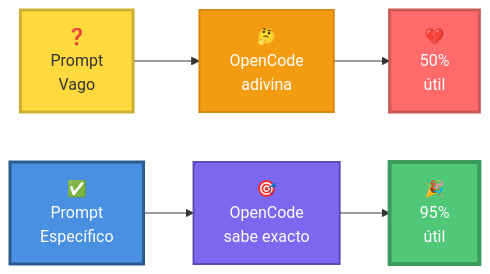
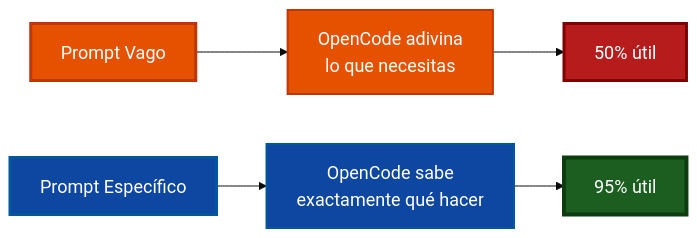
One commit to Ai-Whisperers/Courses-Content changed the fourth of 18 diagrams in courses/🟡-development/FPUNA-2026/00-FUNDAMENTOS-PRINCIPALES/03-ingenieria-prompts.md. Above: the diagram before and after it, drawn with Mermaid. The commit also changed other lines of this file and 47 other files, not shown here.

First line of the commit message:
fix: Make all 473 diagrams WCAG AAA accessible (FPUNA-2026)

````diff
--- a/courses/🟡-development/FPUNA-2026/00-FUNDAMENTOS-PRINCIPALES/03-ingenieria-prompts.md
+++ b/courses/🟡-development/FPUNA-2026/00-FUNDAMENTOS-PRINCIPALES/03-ingenieria-prompts.md
@@ -295,15 +298,16 @@
 ```mermaid
+%%{init: {'theme':'base', 'themeVariables': {'fontSize':'18px'}}}%%
 flowchart LR
-    A["❓<br/>Prompt<br/>Vago"] --> B["🤔<br/>OpenCode<br/>adivina"]
-    B --> C["💔<br/>50%<br/>útil"]
+    A["Prompt Vago"] --> B["OpenCode adivina<br>lo que necesitas"]
+    B --> C["50% útil"]
     
-    D["✅<br/>Prompt<br/>Específico"] --> E["🎯<br/>OpenCode<br/>sabe exacto"]
-    E --> F["🎉<br/>95%<br/>útil"]
+    D["Prompt Específico"] --> E["OpenCode sabe<br>exactamente qué hacer"]
+    E --> F["95% útil"]
     
-    style A fill:#FFD93D,stroke:#CCB031,stroke-width:3px,color:#333
-    style B fill:#F39C12,stroke:#D68910,stroke-width:2px,color:#fff
-    style C fill:#FF6B6B,stroke:#CC5555,stroke-width:3px,color:#fff
-    style D fill:#4A90E2,stroke:#2E5C8A,stroke-width:3px,color:#fff
-    style E fill:#7B68EE,stroke:#5A4BB5,stroke-width:2px,color:#fff
-    style F fill:#50C878,stroke:#3A9B5C,stroke-width:4px,color:#fff
+    style A fill:#e65100,stroke:#bf360c,stroke-width:3px,color:#fff
+    style B fill:#e65100,stroke:#bf360c,stroke-width:2px,color:#fff
+    style C fill:#b71c1c,stroke:#7f0000,stroke-width:3px,color:#fff
+    style D fill:#0d47a1,stroke:#01579b,stroke-width:3px,color:#fff
+    style E fill:#0d47a1,stroke:#01579b,stroke-width:2px,color:#fff
+    style F fill:#1b5e20,stroke:#0d3d0f,stroke-width:4px,color:#fff
 ```
````
